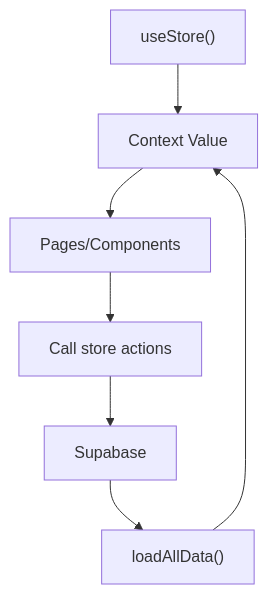
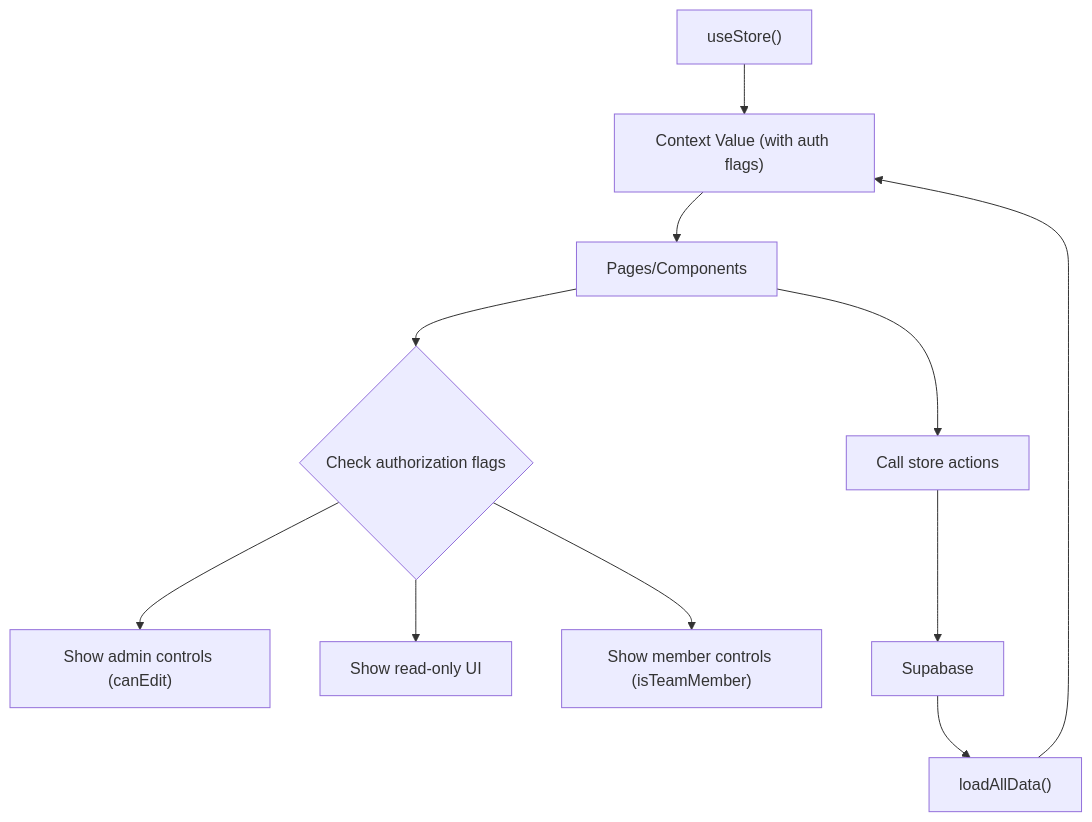
Before and after one commit to netdaniel/serveflow: the sixth of 9 diagrams in .qoder/repowiki/en/content/State Management System/State Management System.md, drawn with Mermaid. The commit also changed other lines of this file and 15 other files, not shown here.

````diff
--- a/.qoder/repowiki/en/content/State Management System/State Management System.md
+++ b/.qoder/repowiki/en/content/State Management System/State Management System.md
@@ -254,9 +346,13 @@
 ```mermaid
 flowchart TD
-Hook["useStore()"] --> Context["Context Value"]
+Hook["useStore()"] --> Context["Context Value (with auth flags)"]
 Context --> Components["Pages/Components"]
+Components --> AuthCheck{"Check authorization flags"}
+AuthCheck --> AdminUI["Show admin controls (canEdit)"]
+AuthCheck --> ViewOnly["Show read-only UI"]
+AuthCheck --> MemberUI["Show member controls (isTeamMember)"]
 Components --> Actions["Call store actions"]
 Actions --> DB["Supabase"]
 DB --> Refresh["loadAllData()"]
 Refresh --> Context
 ```
````
